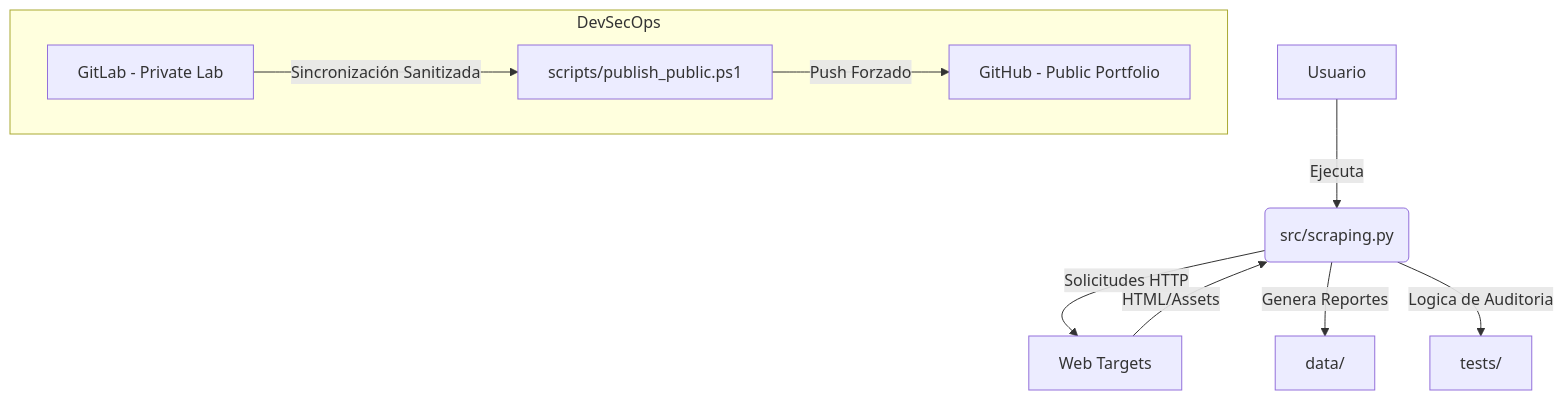
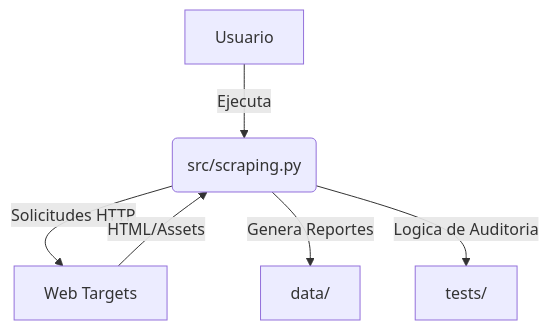
One commit to devsebastian44/Web-Scraping changed the diagram in diagrams/architecture.md. Above: the diagram before and after it, drawn with Mermaid. The commit also changed 3 other files, not shown here.

Commit message:
docs: cleanup legacy GitLab references from documentation

````diff
--- a/diagrams/architecture.md
+++ b/diagrams/architecture.md
@@ -5,13 +5,8 @@
 ```mermaid
 graph TD
     A[Usuario] -->|Ejecuta| B(src/scraping.py)
     B -->|Solicitudes HTTP| C[Web Targets]
     C -->|HTML/Assets| B
     B -->|Genera Reportes| D[data/]
     B -->|Logica de Auditoria| E[tests/]
-    
-    subgraph DevSecOps
-        F[GitLab - Private Lab] -->|Sincronización Sanitizada| G[scripts/publish_public.ps1]
-        G -->|Push Forzado| H[GitHub - Public Portfolio]
-    end
 ```
````
